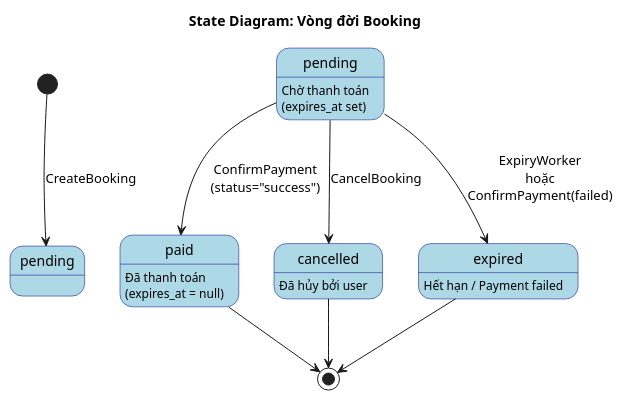
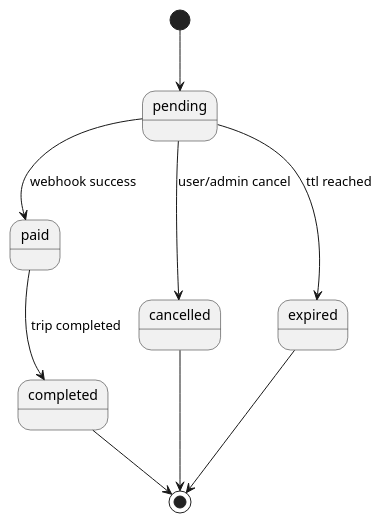
The first of 2 diagrams in obsidian/MODULE_BOOKING.md (dawnmoriaty/dadpt), drawn with PlantUML before and after one commit. The commit also changed other lines of this file and 67 other files, not shown here.

````diff
--- a/obsidian/MODULE_BOOKING.md
+++ b/obsidian/MODULE_BOOKING.md
@@ -947,26 +99,12 @@
 ```plantuml
 @startuml
-skinparam state {
-    BackgroundColor LightBlue
-    BorderColor DarkBlue
-}
-
-title State Diagram: Vòng đời Booking
-
-[*] --> pending : CreateBooking
-
-state "pending" as P : Chờ thanh toán\n(expires_at set)
-state "paid" as PAID : Đã thanh toán\n(expires_at = null)
-state "cancelled" as C : Đã hủy bởi user
-state "expired" as E : Hết hạn / Payment failed
-
-P --> PAID : ConfirmPayment\n(status="success")
-P --> C : CancelBooking
-P --> E : ExpiryWorker\nhoặc\nConfirmPayment(failed)
-
-PAID --> [*]
-C --> [*]
-E --> [*]
-
+[*] --> pending
+pending --> paid : webhook success
+pending --> cancelled : user/admin cancel
+pending --> expired : ttl reached
+paid --> completed : trip completed
+cancelled --> [*]
+expired --> [*]
+completed --> [*]
 @enduml
 ```
````
